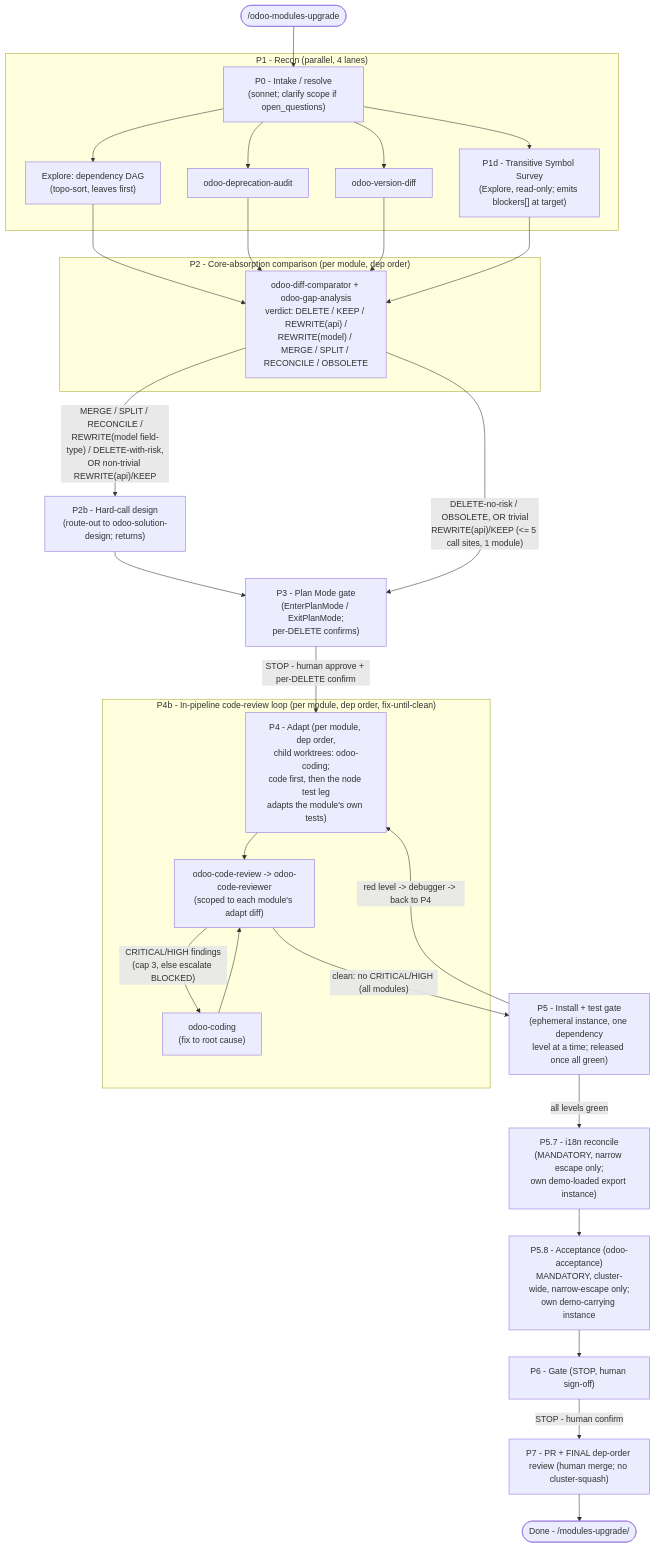
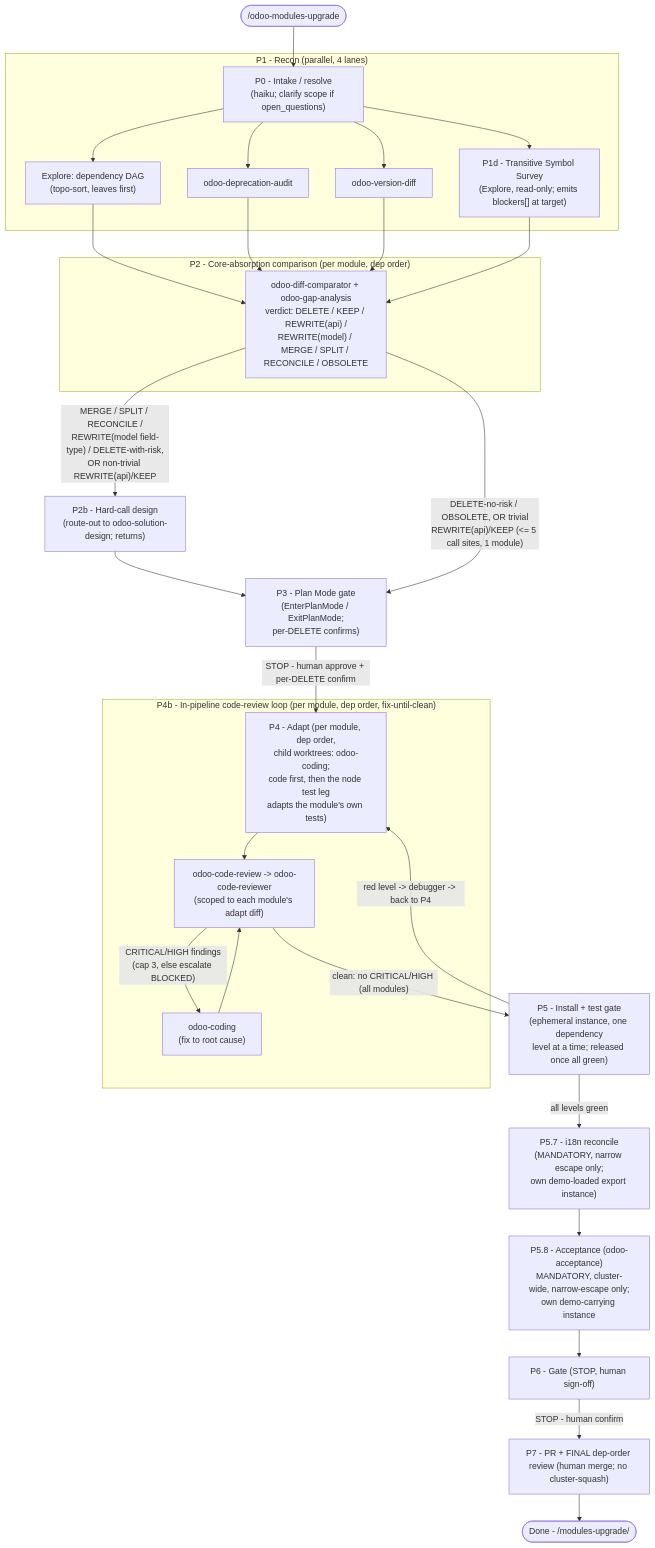
Before and after one commit to Viindoo/odoo-mcp-client: the seventh of 9 diagrams in plugins/odoo-ai-agents/README.md, drawn with Mermaid. The commit also changed other lines of this file and 78 other files, not shown here.

````diff
--- a/plugins/odoo-ai-agents/README.md
+++ b/plugins/odoo-ai-agents/README.md
@@ -552,38 +558,38 @@
 ```mermaid
 flowchart TD
     START(["/odoo-modules-upgrade"])
-    START --> P0["P0 - Intake / resolve<br/>(sonnet; clarify scope if open_questions)"]
+    START --> P0["P0 - Intake / resolve<br/>(haiku; clarify scope if open_questions)"]
 
     subgraph P1_grp["P1 - Recon (parallel, 4 lanes)"]
         P0 --> R1["Explore: dependency DAG<br/>(topo-sort, leaves first)"]
         P0 --> R2["odoo-deprecation-audit"]
         P0 --> R3["odoo-version-diff"]
         P0 --> R4["P1d - Transitive Symbol Survey<br/>(Explore, read-only; emits blockers[] at target)"]
     end
 
     subgraph P2_grp["P2 - Core-absorption comparison (per module, dep order)"]
         R1 --> CMP["odoo-diff-comparator + odoo-gap-analysis<br/>verdict: DELETE / KEEP / REWRITE(api) /<br/>REWRITE(model) / MERGE / SPLIT / RECONCILE / OBSOLETE"]
     end
     R2 --> CMP
     R3 --> CMP
     R4 --> CMP
 
     CMP -->|"MERGE / SPLIT / RECONCILE /<br/>REWRITE(model field-type) / DELETE-with-risk,<br/>OR non-trivial REWRITE(api)/KEEP"| P2b["P2b - Hard-call design<br/>(route-out to odoo-solution-design; returns)"]
     P2b --> P3_gate
     CMP -->|"DELETE-no-risk / OBSOLETE, OR trivial<br/>REWRITE(api)/KEEP (<= 5 call sites, 1 module)"| P3_gate["P3 - Plan Mode gate<br/>(EnterPlanMode / ExitPlanMode;<br/>per-DELETE confirms)"]
     P3_gate -->|"STOP - human approve + per-DELETE confirm"| P4["P4 - Adapt (per module, dep order,<br/>child worktrees: odoo-coding;<br/>code first, then the node test leg<br/>adapts the module's own tests)"]
 
     subgraph P4b_grp["P4b - In-pipeline code-review loop (per module, dep order, fix-until-clean)"]
         P4 --> RV["odoo-code-review -> odoo-code-reviewer<br/>(scoped to each module's adapt diff)"]
         RV -->|"CRITICAL/HIGH findings<br/>(cap 3, else escalate BLOCKED)"| FX["odoo-coding<br/>(fix to root cause)"]
         FX --> RV
     end
 
     RV -->|"clean: no CRITICAL/HIGH (all modules)"| P5["P5 - Install + test gate<br/>(ephemeral instance, one dependency<br/>level at a time; released once all green)"]
     P5 -->|"red level -> debugger -> back to P4"| P4
     P5 -->|"all levels green"| P57["P5.7 - i18n reconcile<br/>(MANDATORY, narrow escape only;<br/>own demo-loaded export instance)"]
     P57 --> P58["P5.8 - Acceptance (odoo-acceptance)<br/>MANDATORY, cluster-wide, narrow-escape only;<br/>own demo-carrying instance"]
     P58 --> P6["P6 - Gate (STOP, human sign-off)"]
     P6 -->|"STOP - human confirm"| P7["P7 - PR + FINAL dep-order review (human merge; no cluster-squash)"]
     P7 --> DONE(["Done - <ISOLATE_DIR>/modules-upgrade/"])
 ```
````
